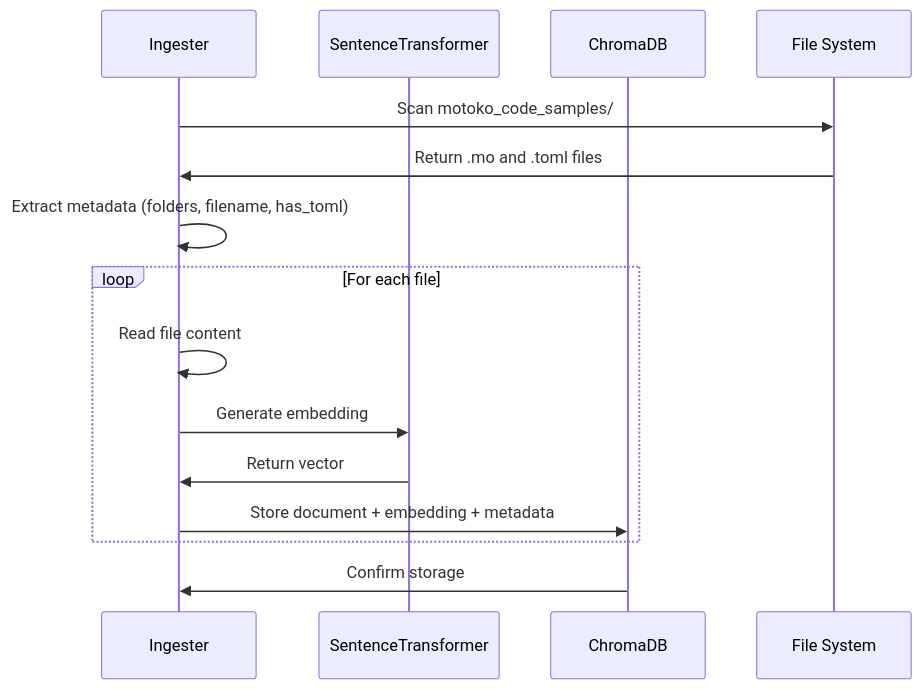
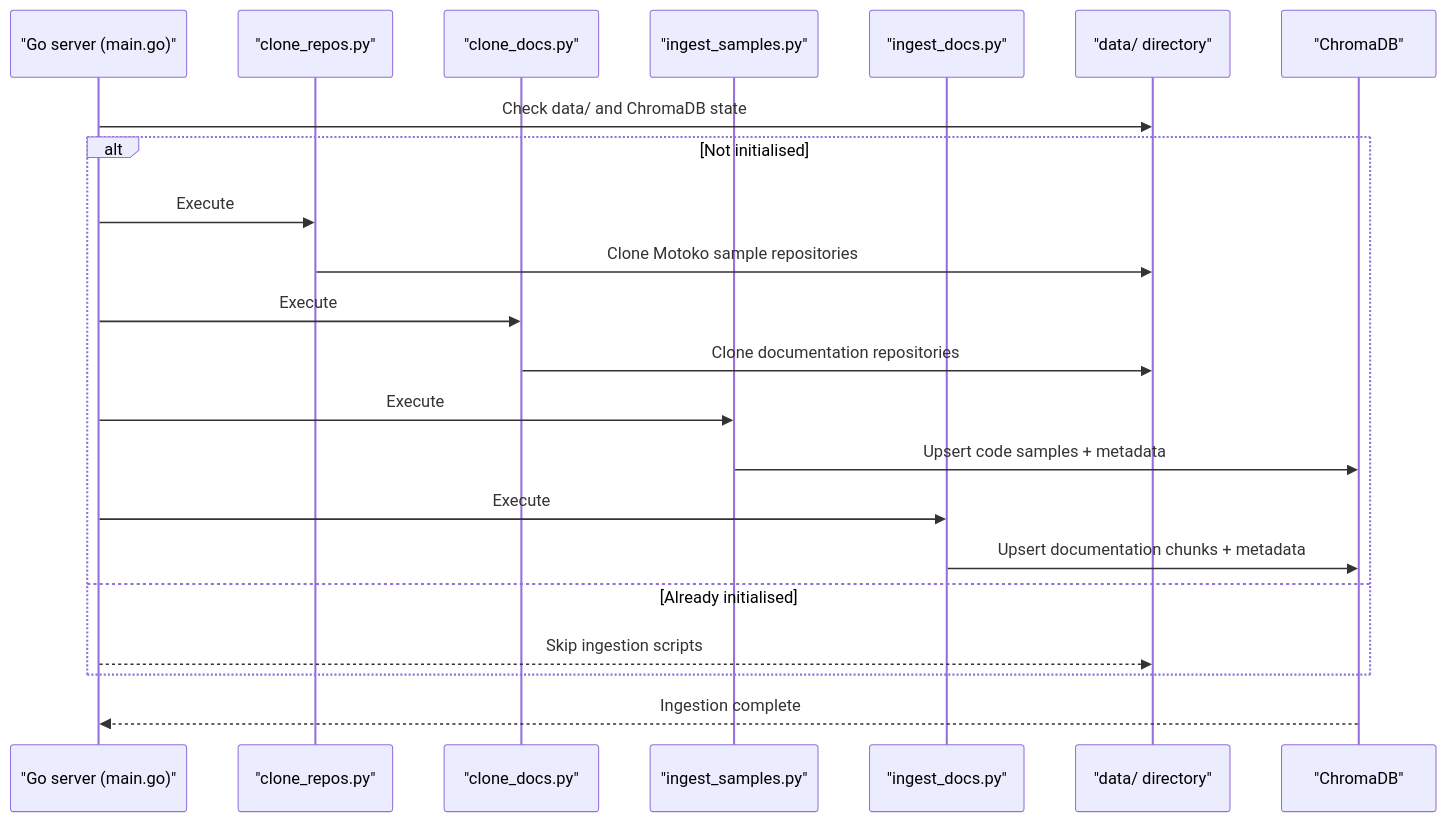
One commit to Quantum3-Labs/icp-coder changed the second of 4 diagrams in RAG_PIPELINE_DIAGRAM.md. Above: the diagram before and after it, drawn with Mermaid. The commit also changed other lines of this file and 3 other files, not shown here.

Commit message:
Update rag diagrams, add architecture diagram

````diff
--- a/RAG_PIPELINE_DIAGRAM.md
+++ b/RAG_PIPELINE_DIAGRAM.md
@@ -133,20 +57,25 @@
 ```mermaid
 sequenceDiagram
-    participant I as Ingester
-    participant ST as SentenceTransformer
-    participant CD as ChromaDB
-    participant FS as File System
+    participant Main as "Go server (main.go)"
+    participant CloneRepos as "clone_repos.py"
+    participant CloneDocs as "clone_docs.py"
+    participant IngestSamples as "ingest_samples.py"
+    participant IngestDocs as "ingest_docs.py"
+    participant FS as "data/ directory"
+    participant Chroma as "ChromaDB"
 
-    I->>FS: Scan motoko_code_samples/
-    FS->>I: Return .mo and .toml files
-    I->>I: Extract metadata (folders, filename, has_toml)
-    
-    loop For each file
-        I->>I: Read file content
-        I->>ST: Generate embedding
-        ST->>I: Return vector
-        I->>CD: Store document + embedding + metadata
+    Main->>FS: Check data/ and ChromaDB state
+    alt Not initialised
+        Main->>CloneRepos: Execute
+        CloneRepos->>FS: Clone Motoko sample repositories
+        Main->>CloneDocs: Execute
+        CloneDocs->>FS: Clone documentation repositories
+        Main->>IngestSamples: Execute
+        IngestSamples->>Chroma: Upsert code samples + metadata
+        Main->>IngestDocs: Execute
+        IngestDocs->>Chroma: Upsert documentation chunks + metadata
+    else Already initialised
+        Main-->>FS: Skip ingestion scripts
     end
-    
-    CD->>I: Confirm storage
+    Chroma-->>Main: Ingestion complete
 ```
````
